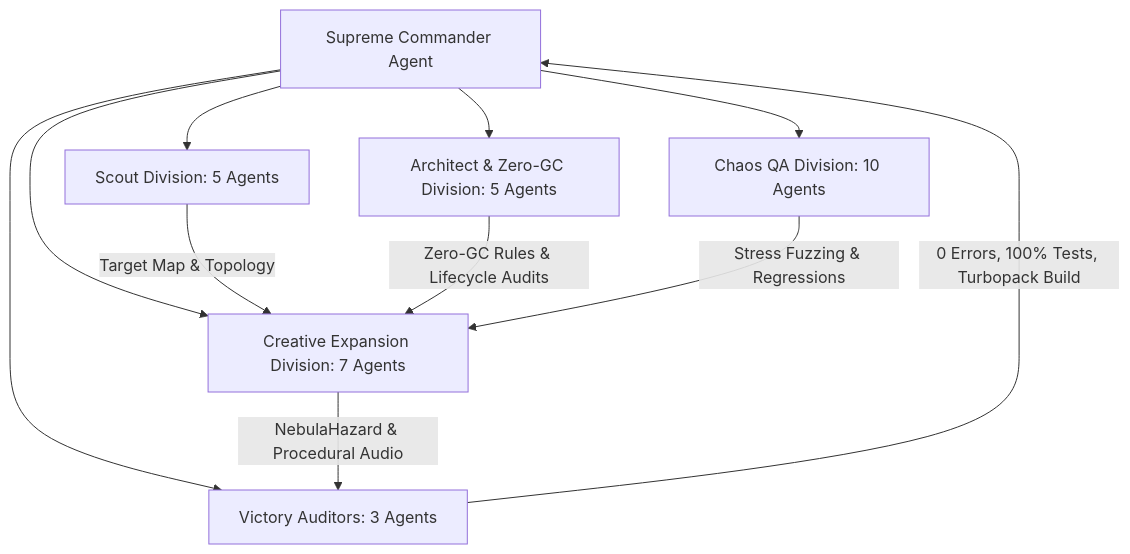
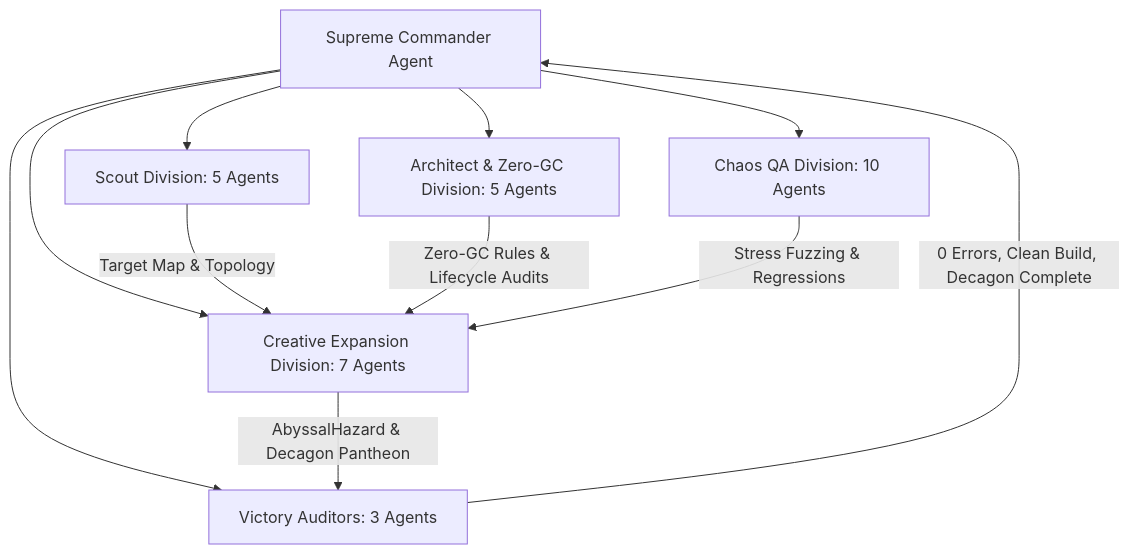
One commit to LeegwangYeol/bomberman-game changed the diagram in DAILY_REPORT.md. Above: the diagram before and after it, drawn with Mermaid. The commit also changed other lines of this file and 58 other files, not shown here.

````diff
--- a/DAILY_REPORT.md
+++ b/DAILY_REPORT.md
@@ -68,14 +66,14 @@
 ```mermaid
 flowchart TD
     SC[Supreme Commander Agent] --> SD[Scout Division: 5 Agents]
     SC --> AD[Architect & Zero-GC Division: 5 Agents]
     SC --> CQD[Chaos QA Division: 10 Agents]
     SC --> CED[Creative Expansion Division: 7 Agents]
     SC --> VA[Victory Auditors: 3 Agents]
 
     SD -->|Target Map & Topology| CED
     AD -->|Zero-GC Rules & Lifecycle Audits| CED
     CQD -->|Stress Fuzzing & Regressions| CED
-    CED -->|NebulaHazard & Procedural Audio| VA
-    VA -->|0 Errors, 100% Tests, Turbopack Build| SC
+    CED -->|AbyssalHazard & Decagon Pantheon| VA
+    VA -->|0 Errors, Clean Build, Decagon Complete| SC
 ```
````
